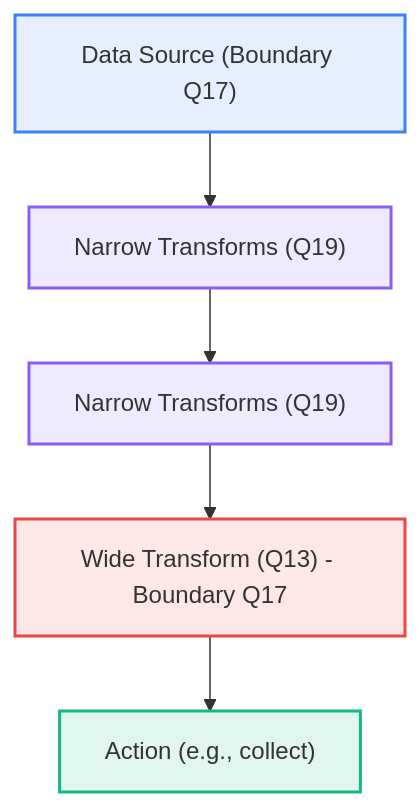
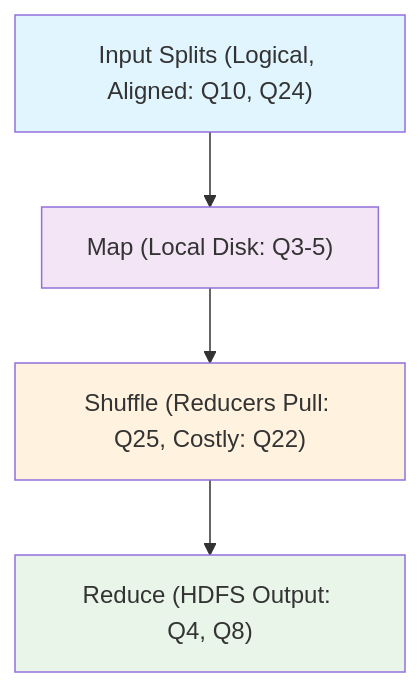
One commit to MadeInShineA/hei-course-summaries changed the third of 5 diagrams in 302.1-data-computation/summaries/spark.md. Above: the diagram before and after it, drawn with Mermaid. The commit also changed other lines of this file and 1 other file, not shown here.

````diff
--- a/302.1-data-computation/summaries/spark.md
+++ b/302.1-data-computation/summaries/spark.md
@@ -297,13 +133,9 @@
 ```mermaid
-graph TD
-    Source["Data Source (Boundary Q17)"] --> Narrow1["Narrow Transforms (Q19)"]
-    Narrow1 --> Narrow2["Narrow Transforms (Q19)"]
-    Narrow2 --> Wide["Wide Transform (Q13) - Boundary Q17"]
-    Wide --> Action["Action (e.g., collect)"]
-
-    style Source fill:#3b82f620,stroke:#3b82f6,stroke-width:2px
-    style Narrow1 fill:#8b5cf620,stroke:#8b5cf6,stroke-width:2px
-    style Narrow2 fill:#8b5cf620,stroke:#8b5cf6,stroke-width:2px
-    style Wide fill:#ef444420,stroke:#ef4444,stroke-width:2px
-    style Action fill:#10b98120,stroke:#10b981,stroke-width:2px
+flowchart TD
+    Input["Input Splits (Logical, Aligned: Q10, Q24)"] --> Map["Map (Local Disk: Q3-5)"]
+    Map --> Shuffle["Shuffle (Reducers Pull: Q25, Costly: Q22)"] --> Reduce["Reduce (HDFS Output: Q4, Q8)"]
+    style Input fill:#e1f5fe
+    style Map fill:#f3e5f5
+    style Shuffle fill:#fff3e0
+    style Reduce fill:#e8f5e8
 ```
````
